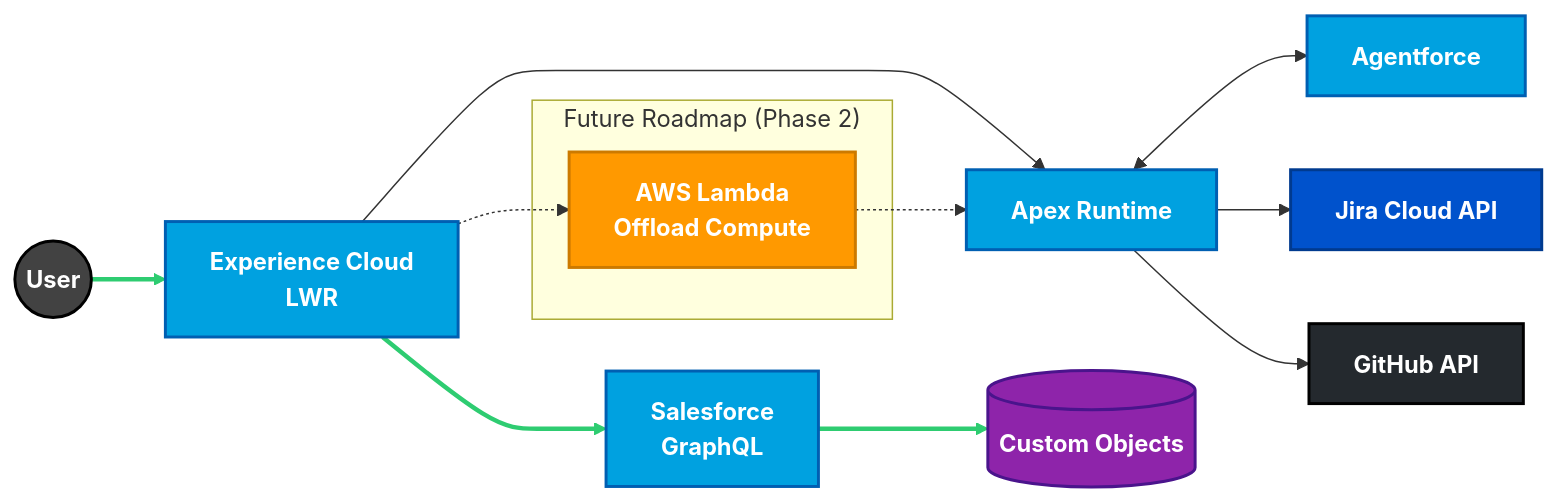
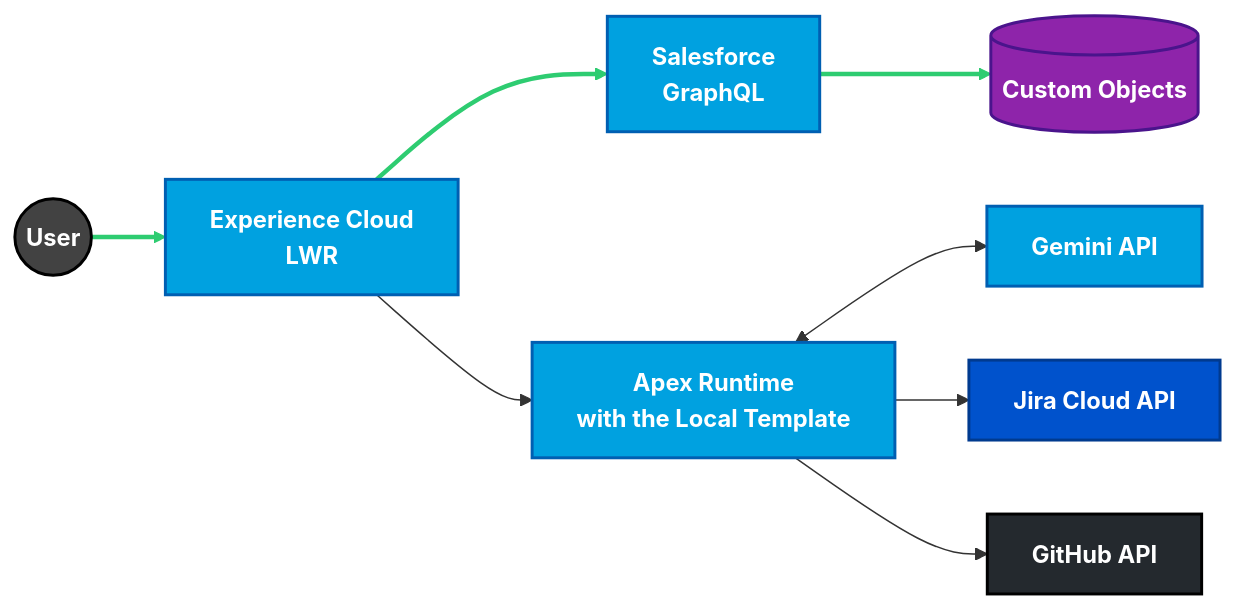
One commit to rdbumstead/resume-as-code changed the second of 3 diagrams in src/Resume_Comprehensive.md. Above: the diagram before and after it, drawn with Mermaid. The commit also changed other lines of this file and 5 other files, not shown here.

````diff
--- a/src/Resume_Comprehensive.md
+++ b/src/Resume_Comprehensive.md
@@ -132,50 +98,39 @@
 ```mermaid
 graph LR
     %%{init: {'flowchart': {'nodeSpacing': 50, 'rankSpacing': 50}}}%%
     %% ========= BRAND STYLES =========
     classDef user fill:#424242,stroke:#000000,stroke-width:2px,color:#ffffff,font-weight:bold;
     classDef sfdc fill:#00A1E0,stroke:#005FB2,stroke-width:2px,color:#ffffff,font-weight:bold;
-    classDef aws fill:#FF9900,stroke:#CC7A00,stroke-width:2px,color:#ffffff,font-weight:bold;
     classDef jira fill:#0052CC,stroke:#003A8F,stroke-width:2px,color:#ffffff,font-weight:bold;
     classDef github fill:#24292E,stroke:#000000,stroke-width:2px,color:#ffffff,font-weight:bold;
     classDef data fill:#8E24AA,stroke:#4A148C,stroke-width:2px,color:#ffffff,font-weight:bold;
-    classDef future fill:#FFF3E0,stroke:#FB8C00,stroke-width:2px,stroke-dasharray:5 5;
 
     %% ========= NODES =========
     User((User))
     LWR[Experience Cloud<br/>LWR]
     GQL[Salesforce<br/>GraphQL]
-    Apex[Apex Runtime]
+    Apex[Apex Runtime<br/>with the Local Template]
     DB[(Custom Objects)]
-    AI[Agentforce]
+    AI[Gemini API]
     Jira[Jira Cloud API]
     GitHub[GitHub API]
-
-    subgraph Roadmap ["Future Roadmap (Phase 2)"]
-        Lambda[AWS Lambda<br/>Offload Compute]
-    end
 
     %% ========= FLOWS =========
     User --> LWR
     LWR --> GQL
     GQL --> DB
     LWR --> Apex
     Apex <--> AI
     Apex --> Jira
     Apex --> GitHub
 
-    %% ========= FUTURE =========
-    LWR -.-> Lambda
-    Lambda -.-> Apex
-
     %% ========= APPLY STYLES =========
     class User user;
     class LWR,GQL,Apex,AI sfdc;
     class DB data;
     class Jira jira;
     class GitHub github;
-    class Lambda aws;
 
     %% ========= CRITICAL PATH =========
     linkStyle 0,1,2 stroke:#2ECC71,stroke-width:3px;
 ```
````
